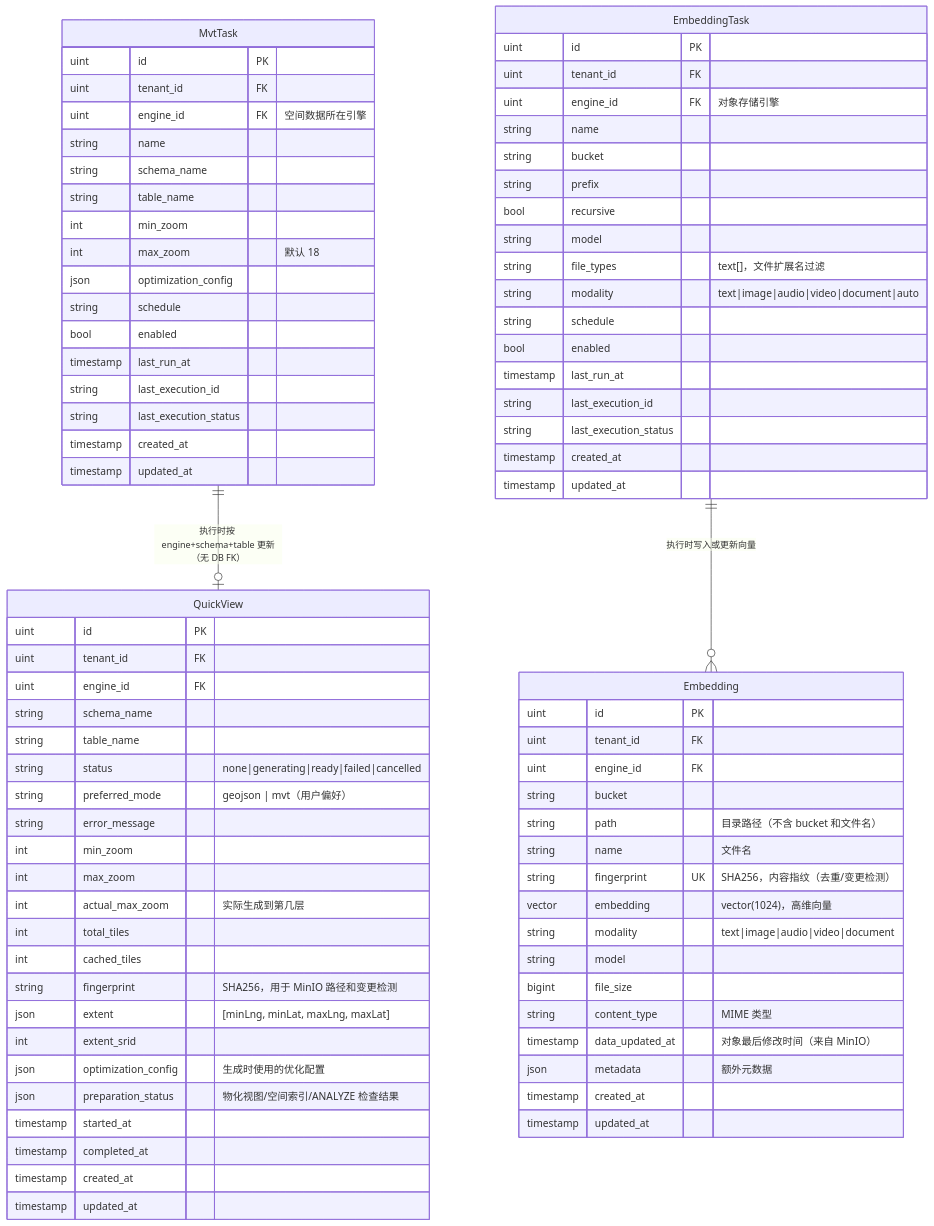
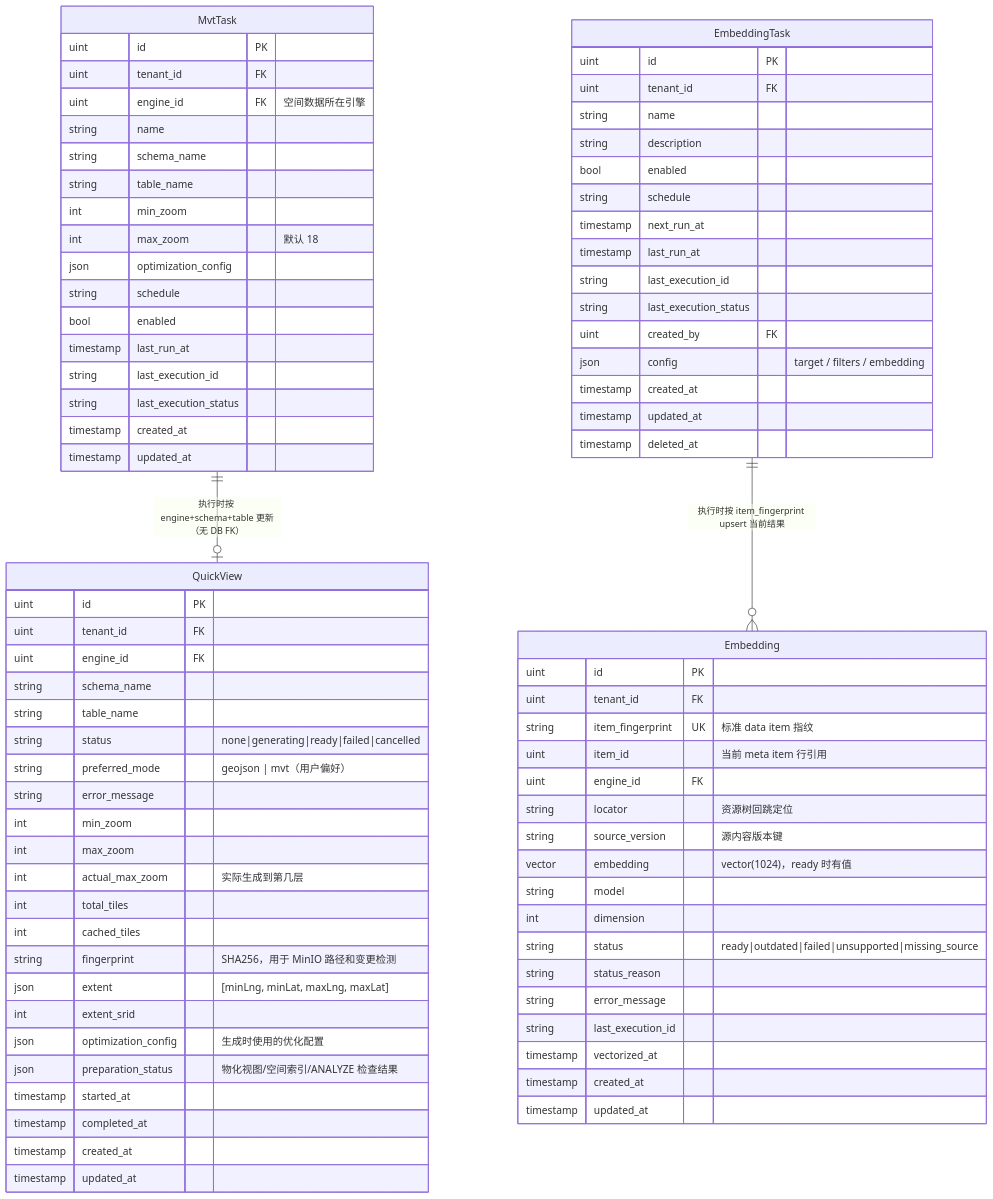
The third of 9 diagrams in docs/concepts/addp核心对象ER图（元模型）.md (pampa0629/addp), drawn with Mermaid before and after one commit. The commit also changed other lines of this file and 47 other files, not shown here.

````diff
--- a/docs/concepts/addp核心对象ER图（元模型）.md
+++ b/docs/concepts/addp核心对象ER图（元模型）.md
@@ -589,21 +583,19 @@
     EmbeddingTask {
         uint id PK
         uint tenant_id FK
-        uint engine_id FK "对象存储引擎"
         string name
-        string bucket
-        string prefix
-        bool recursive
-        string model
-        string file_types "text[]，文件扩展名过滤"
-        string modality "text|image|audio|video|document|auto"
+        string description
+        bool enabled
         string schedule
-        bool enabled
+        timestamp next_run_at
         timestamp last_run_at
         string last_execution_id
         string last_execution_status
+        uint created_by FK
+        json config "target / filters / embedding"
         timestamp created_at
         timestamp updated_at
+        timestamp deleted_at
     }
 
     QuickView {
@@ -634,22 +626,23 @@
     Embedding {
         uint id PK
         uint tenant_id FK
+        string item_fingerprint UK "标准 data item 指纹"
+        uint item_id "当前 meta item 行引用"
         uint engine_id FK
-        string bucket
-        string path "目录路径（不含 bucket 和文件名）"
-        string name "文件名"
-        string fingerprint UK "SHA256，内容指纹（去重/变更检测）"
-        vector embedding "vector(1024)，高维向量"
-        string modality "text|image|audio|video|document"
+        string locator "资源树回跳定位"
+        string source_version "源内容版本键"
+        vector embedding "vector(1024)，ready 时有值"
         string model
-        bigint file_size
-        string content_type "MIME 类型"
-        timestamp data_updated_at "对象最后修改时间（来自 MinIO）"
-        json metadata "额外元数据"
+        int dimension
+        string status "ready|outdated|failed|unsupported|missing_source"
+        string status_reason
+        string error_message
+        string last_execution_id
+        timestamp vectorized_at
         timestamp created_at
         timestamp updated_at
     }
 
     MvtTask ||--o| QuickView : "执行时按 engine+schema+table 更新（无 DB FK）"
-    EmbeddingTask ||--o{ Embedding : "执行时写入或更新向量"
+    EmbeddingTask ||--o{ Embedding : "执行时按 item_fingerprint upsert 当前结果"
 ```
````
